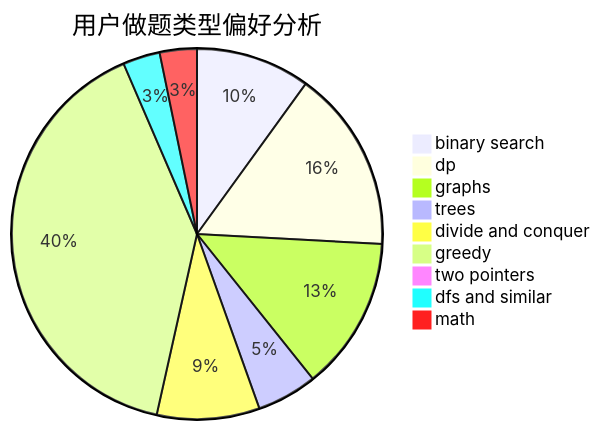
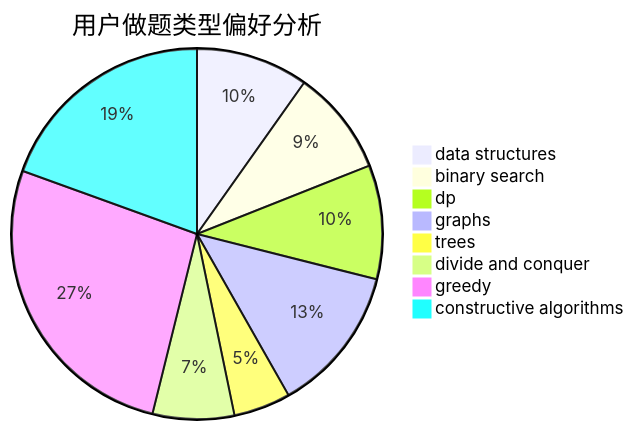
Before and after one commit to sherpahu/cfrs.github.io: the second of 3 diagrams in docs/user/u160.md, drawn with Mermaid. The commit also changed other lines of this file and 2775 other files, not shown here.

````diff
--- a/docs/user/u160.md
+++ b/docs/user/u160.md
@@ -23,12 +23,11 @@
 ```mermaid
 pie title 用户做题类型偏好分析
-    "binary search" :  157
-    "dp" :  250
-    "graphs" :  211
-    "trees" :  83
-    "divide and conquer" :  141
-    "greedy" :  630
-    "two pointers" :  4
-    "dfs and similar" :  51
-    "math" :  51
+    "data structures" :  142
+    "binary search" :  133
+    "dp" :  144
+    "graphs" :  186
+    "trees" :  72
+    "divide and conquer" :  103
+    "greedy" :  386
+    "constructive algorithms" :  282
 ```
````
